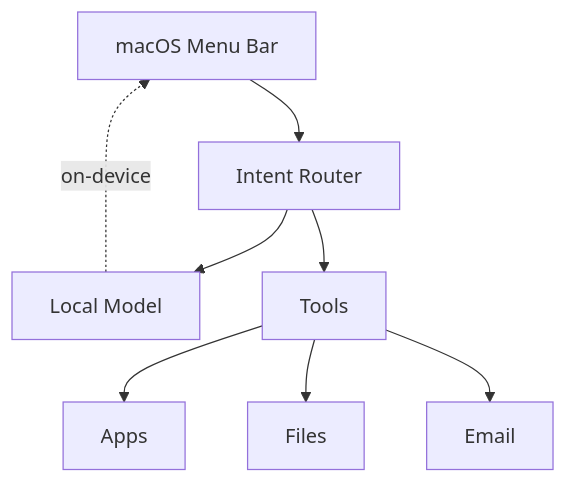
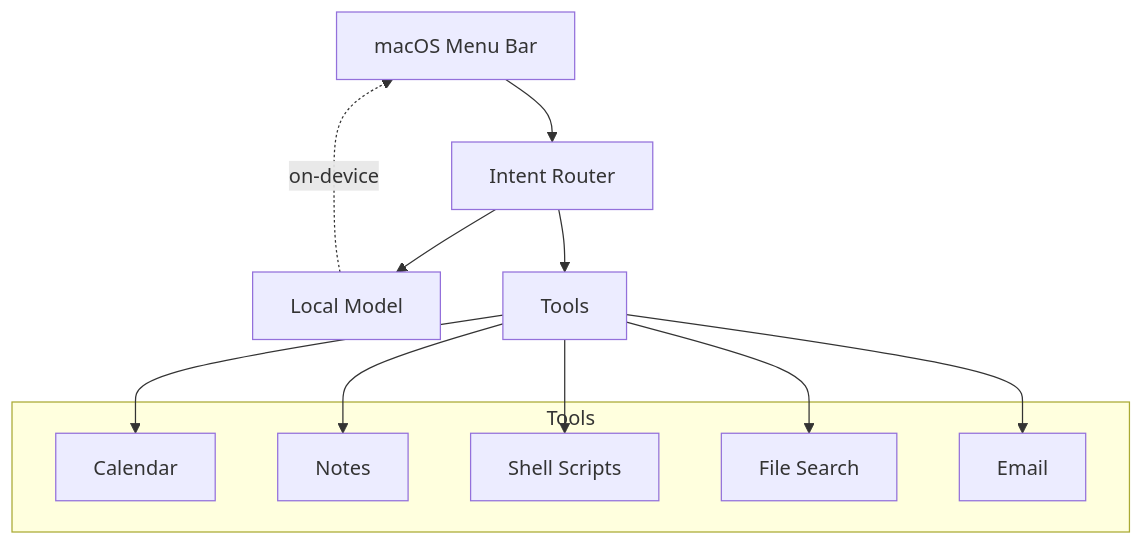
One commit to ackersml/portfolio-system changed the diagram in diagrams/mac-assistant.mmd. Above: the diagram before and after it, drawn with Mermaid. The commit also changed 5 other files, not shown here.

Commit message:
Stabilize Mermaid rendering (use run); enrich diagrams with subgraphs and flows

```diff
--- a/diagrams/mac-assistant.mmd
+++ b/diagrams/mac-assistant.mmd
@@ -1,8 +1,17 @@
 graph TD
   MB[macOS Menu Bar] --> ROUTER[Intent Router]
   ROUTER --> LLM[Local Model]
   ROUTER --> TOOLS[Tools]
-  TOOLS --> APPS[Apps]
-  TOOLS --> FILES[Files]
-  TOOLS --> MAIL[Email]
+  subgraph Tools
+    CAL[Calendar]
+    NOTES[Notes]
+    SHELL[Shell Scripts]
+    SEARCH[File Search]
+    MAIL[Email]
+  end
+  TOOLS --> CAL
+  TOOLS --> NOTES
+  TOOLS --> SHELL
+  TOOLS --> SEARCH
+  TOOLS --> MAIL
   LLM -. on-device .-> MB
```
